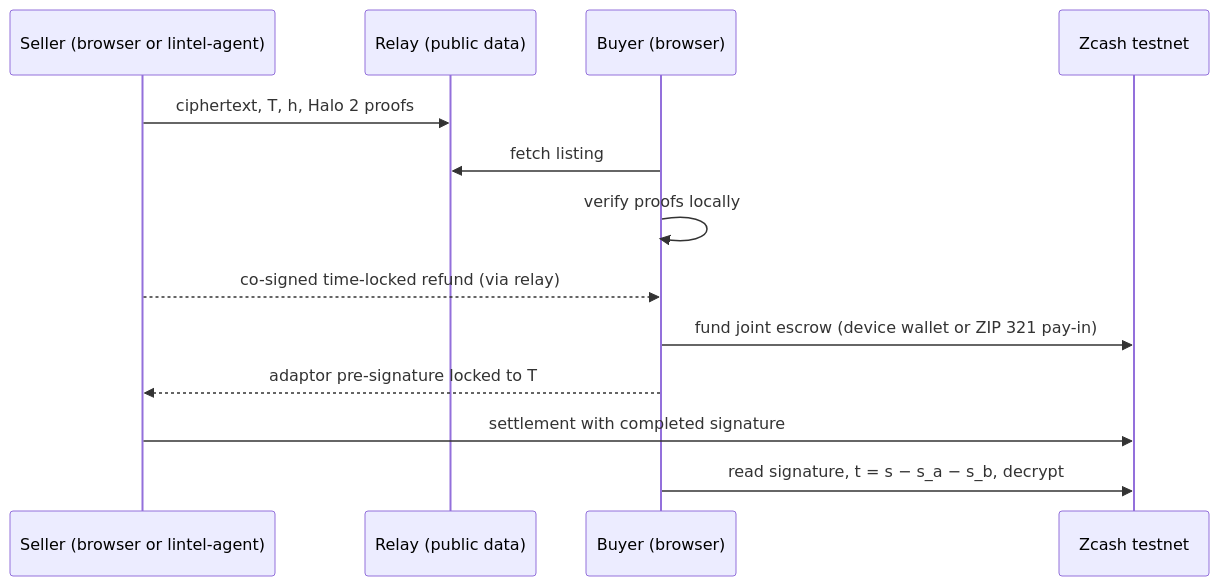
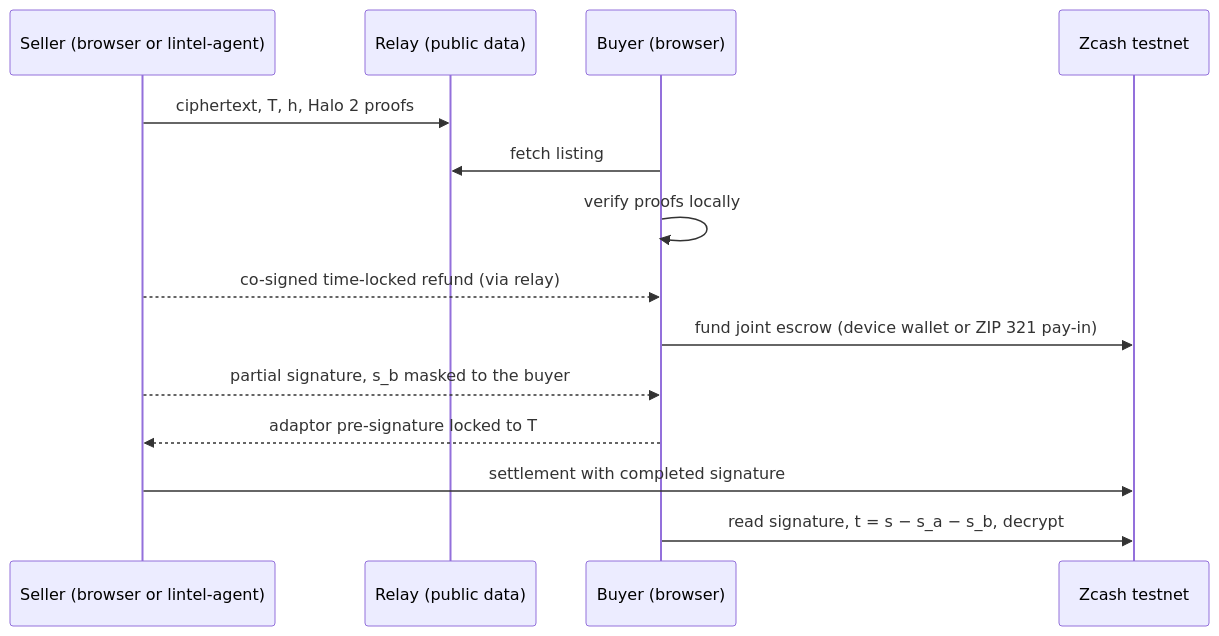
Before and after one commit to Godwin-web3/lintel: the diagram in README.md, drawn with Mermaid. The commit also changed other lines of this file and 38 other files, not shown here.

````diff
--- a/README.md
+++ b/README.md
@@ -73,15 +74,16 @@
 ```mermaid
 sequenceDiagram
   participant S as Seller (browser or lintel-agent)
   participant R as Relay (public data)
   participant B as Buyer (browser)
   participant Z as Zcash testnet
   S->>R: ciphertext, T, h, Halo 2 proofs
   B->>R: fetch listing
   B->>B: verify proofs locally
   S-->>B: co-signed time-locked refund (via relay)
   B->>Z: fund joint escrow (device wallet or ZIP 321 pay-in)
+  S-->>B: partial signature, s_b masked to the buyer
   B-->>S: adaptor pre-signature locked to T
   S->>Z: settlement with completed signature
   B->>Z: read signature, t = s − s_a − s_b, decrypt
 ```
````
